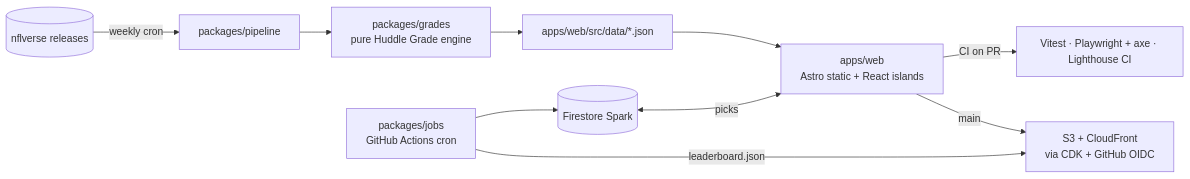
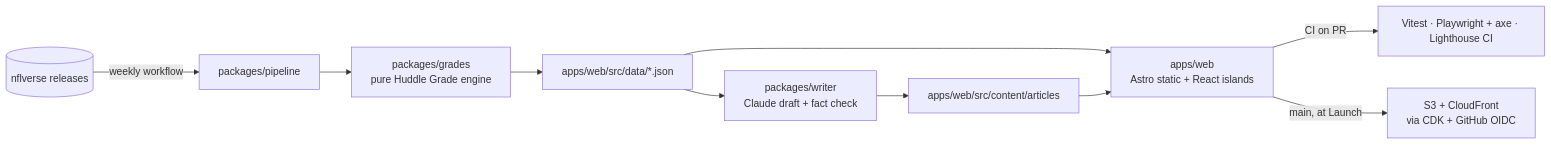
Before and after one commit to RedWings-RedBull/motown-huddle: the diagram in README.md, drawn with Mermaid. The commit also changed other lines of this file and 138 other files, not shown here.

````diff
--- a/README.md
+++ b/README.md
@@ -21,12 +24,12 @@
 ```mermaid
 flowchart LR
-  NV[(nflverse releases)] -->|weekly cron| P[packages/pipeline]
+  NV[(nflverse releases)] -->|weekly workflow| P[packages/pipeline]
   P --> G[packages/grades<br/>pure Huddle Grade engine]
   G --> D[apps/web/src/data/*.json]
+  D --> A[packages/writer<br/>Claude draft + fact check]
+  A --> M[apps/web/src/content/articles]
   D --> W[apps/web<br/>Astro static + React islands]
+  M --> W
   W -->|CI on PR| T[Vitest · Playwright + axe · Lighthouse CI]
-  W -->|main| CF[S3 + CloudFront<br/>via CDK + GitHub OIDC]
-  FS[(Firestore Spark)] <-->|picks| W
-  J[packages/jobs<br/>GitHub Actions cron] --> FS
-  J -->|leaderboard.json| CF
+  W -->|main, at Launch| CF[S3 + CloudFront<br/>via CDK + GitHub OIDC]
 ```
````
